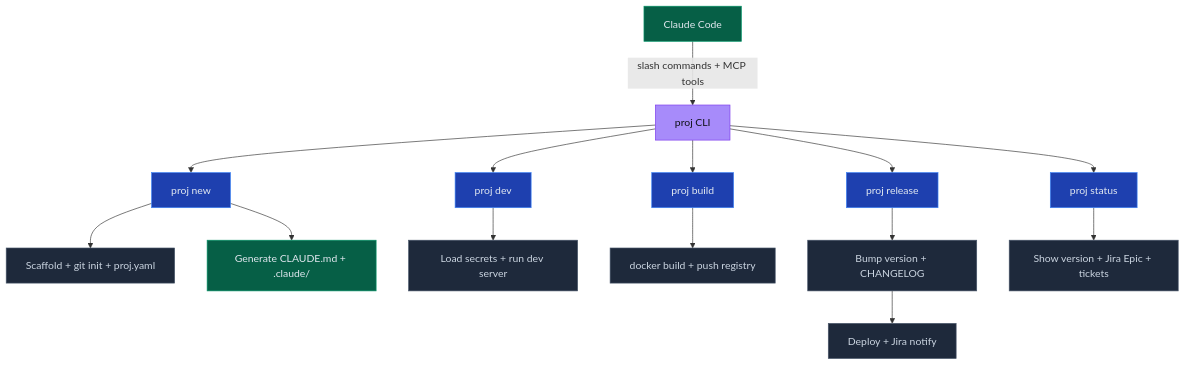
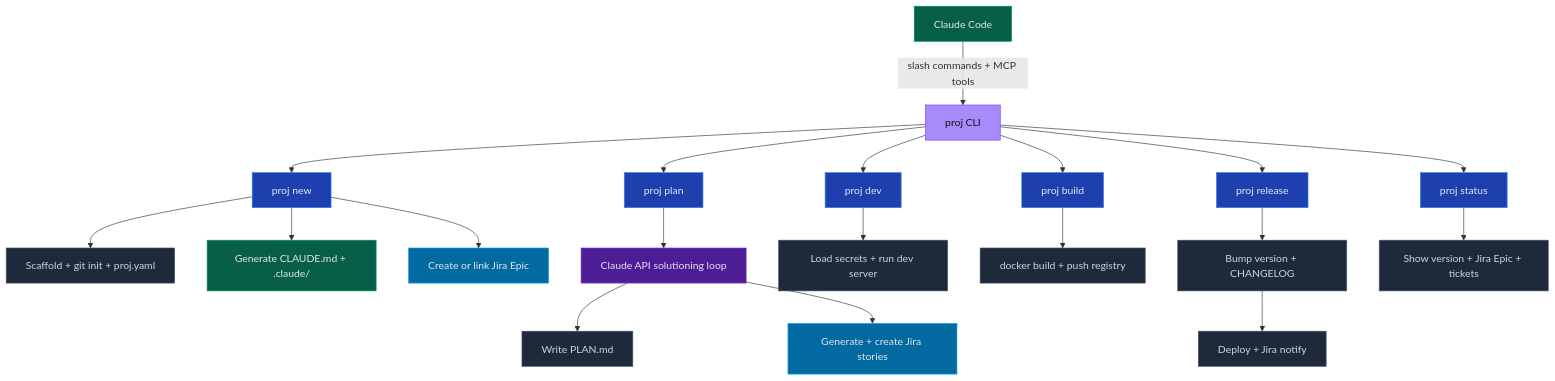
Before and after one commit to erosrage/Athena: the first of 7 diagrams in README.md, drawn with Mermaid. The commit also changed other lines of this file and 4 other files, not shown here.

First line of the commit message:
feat: add proj plan — LLM-assisted solutioning command

````diff
--- a/README.md
+++ b/README.md
@@ -11,22 +11,29 @@
 ```mermaid
 flowchart TD
     CC["Claude Code"]:::claude
     CLI["proj CLI"]:::entry
     CC -->|"slash commands + MCP tools"| CLI
     CLI --> NEW["proj new"]:::stage
+    CLI --> PLAN["proj plan"]:::stage
     CLI --> DEV["proj dev"]:::stage
     CLI --> BUILD["proj build"]:::stage
     CLI --> RELEASE["proj release"]:::stage
     CLI --> STATUS["proj status"]:::stage
     NEW --> S["Scaffold + git init + proj.yaml"]:::action
     NEW --> CG["Generate CLAUDE.md + .claude/"]:::claude
+    NEW --> J1["Create or link Jira Epic"]:::jira
+    PLAN --> LLM["Claude API solutioning loop"]:::llm
+    LLM --> PM["Write PLAN.md"]:::action
+    LLM --> J4["Generate + create Jira stories"]:::jira
     DEV --> ENV["Load secrets + run dev server"]:::action
     BUILD --> PUSH["docker build + push registry"]:::action
     RELEASE --> VER["Bump version + CHANGELOG"]:::action
     VER --> DEPLOY["Deploy + Jira notify"]:::action
     STATUS --> JS["Show version + Jira Epic + tickets"]:::action
     classDef entry fill:#a78bfa,stroke:#7c3aed,color:#0f1117
     classDef stage fill:#1e40af,stroke:#3b82f6,color:#e2e8f0
     classDef action fill:#1e293b,stroke:#475569,color:#cbd5e1
     classDef claude fill:#065f46,stroke:#059669,color:#e2e8f0
+    classDef jira fill:#0369a1,stroke:#0ea5e9,color:#e2e8f0
+    classDef llm fill:#4c1d95,stroke:#7c3aed,color:#e2e8f0
 ```
````
